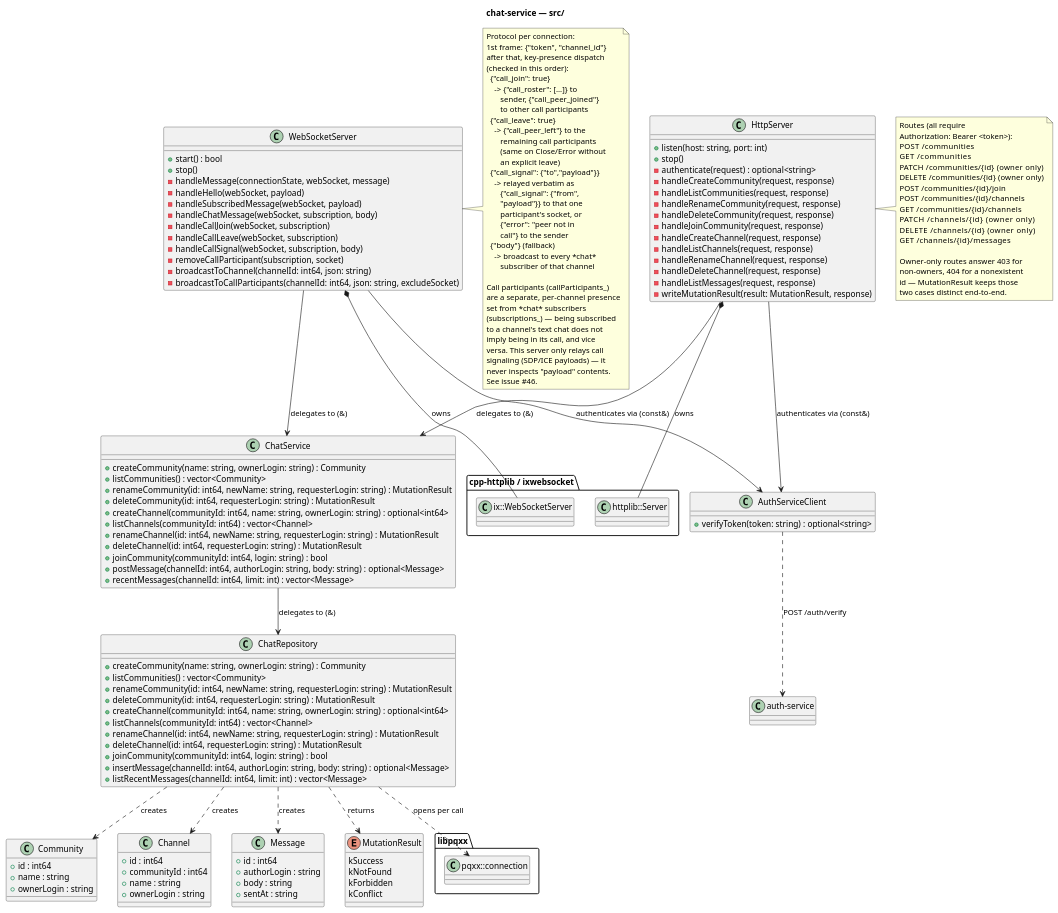
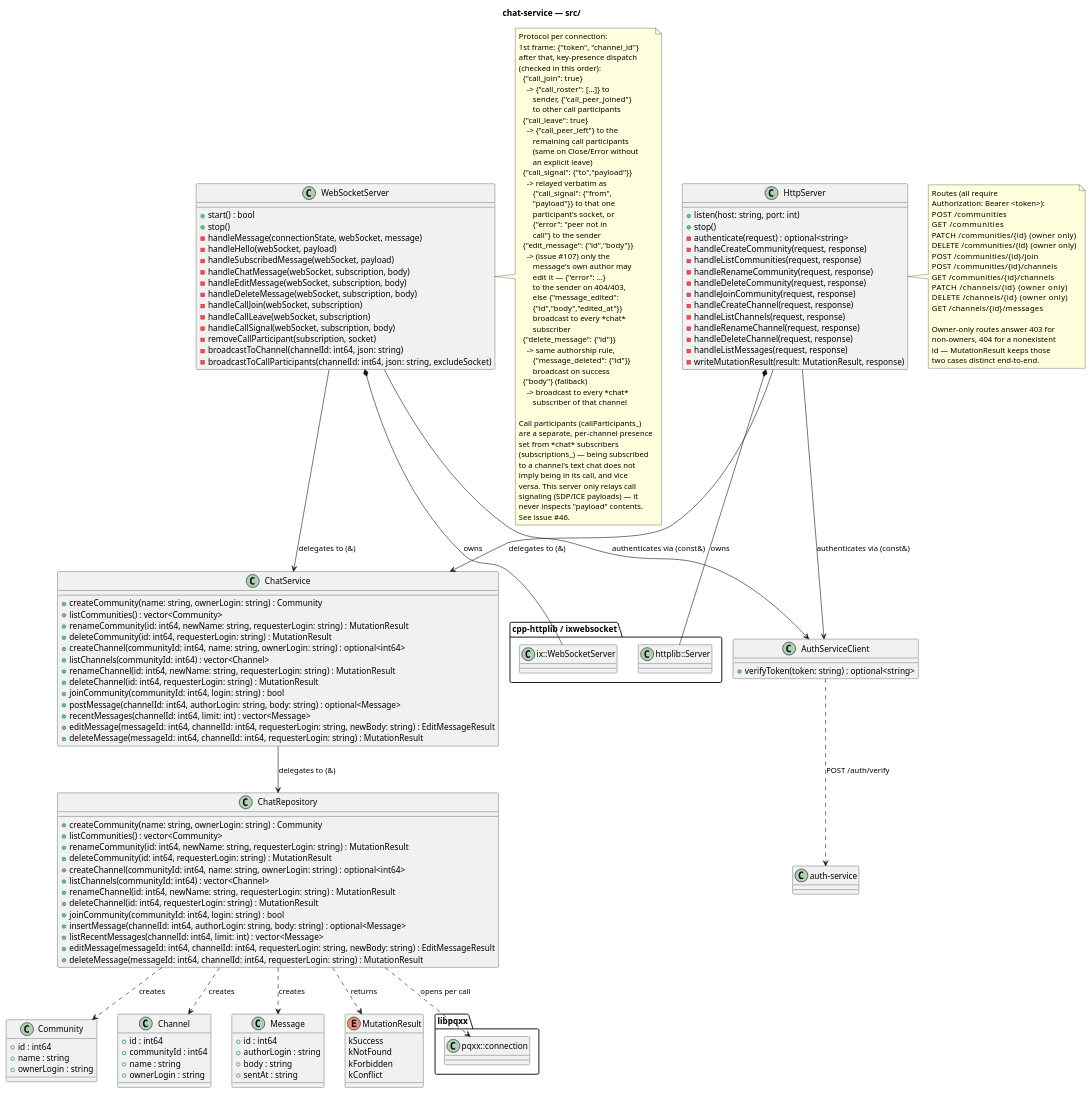
Before and after one commit to NekrasovIS/Exp: the diagram in services/chat-service/docs/diagrams/chat-service.puml, drawn with PlantUML. The commit also changed 24 other files, not shown here.

First line of the commit message:
[107] Add message edit/delete, restricted to the author

```diff
--- a/services/chat-service/docs/diagrams/chat-service.puml
+++ b/services/chat-service/docs/diagrams/chat-service.puml
@@ -1,171 +1,190 @@
 @startuml chat-service
 title chat-service — src/
 
 package "cpp-httplib / ixwebsocket" {
   class "httplib::Server" as HttplibServer
   class "ix::WebSocketServer" as IxWebSocketServer
 }
 
 package "libpqxx" {
   class "pqxx::connection" as PqxxConnection
 }
 
 class Community {
   +id : int64
   +name : string
   +ownerLogin : string
 }
 class Channel {
   +id : int64
   +communityId : int64
   +name : string
   +ownerLogin : string
 }
 class Message {
   +id : int64
   +authorLogin : string
   +body : string
   +sentAt : string
 }
 enum MutationResult {
   kSuccess
   kNotFound
   kForbidden
   kConflict
 }
 
 class ChatRepository {
   +createCommunity(name: string, ownerLogin: string) : Community
   +listCommunities() : vector<Community>
   +renameCommunity(id: int64, newName: string, requesterLogin: string) : MutationResult
   +deleteCommunity(id: int64, requesterLogin: string) : MutationResult
   +createChannel(communityId: int64, name: string, ownerLogin: string) : optional<int64>
   +listChannels(communityId: int64) : vector<Channel>
   +renameChannel(id: int64, newName: string, requesterLogin: string) : MutationResult
   +deleteChannel(id: int64, requesterLogin: string) : MutationResult
   +joinCommunity(communityId: int64, login: string) : bool
   +insertMessage(channelId: int64, authorLogin: string, body: string) : optional<Message>
   +listRecentMessages(channelId: int64, limit: int) : vector<Message>
+  +editMessage(messageId: int64, channelId: int64, requesterLogin: string, newBody: string) : EditMessageResult
+  +deleteMessage(messageId: int64, channelId: int64, requesterLogin: string) : MutationResult
 }
 ChatRepository ..> Community : creates
 ChatRepository ..> Channel : creates
 ChatRepository ..> Message : creates
 ChatRepository ..> MutationResult : returns
 ChatRepository ..> PqxxConnection : opens per call
 
 class ChatService {
   +createCommunity(name: string, ownerLogin: string) : Community
   +listCommunities() : vector<Community>
   +renameCommunity(id: int64, newName: string, requesterLogin: string) : MutationResult
   +deleteCommunity(id: int64, requesterLogin: string) : MutationResult
   +createChannel(communityId: int64, name: string, ownerLogin: string) : optional<int64>
   +listChannels(communityId: int64) : vector<Channel>
   +renameChannel(id: int64, newName: string, requesterLogin: string) : MutationResult
   +deleteChannel(id: int64, requesterLogin: string) : MutationResult
   +joinCommunity(communityId: int64, login: string) : bool
   +postMessage(channelId: int64, authorLogin: string, body: string) : optional<Message>
   +recentMessages(channelId: int64, limit: int) : vector<Message>
+  +editMessage(messageId: int64, channelId: int64, requesterLogin: string, newBody: string) : EditMessageResult
+  +deleteMessage(messageId: int64, channelId: int64, requesterLogin: string) : MutationResult
 }
 ChatService --> ChatRepository : delegates to (&)
 
 class AuthServiceClient {
   +verifyToken(token: string) : optional<string>
 }
 AuthServiceClient ..> "auth-service" : POST /auth/verify
 
 class HttpServer {
   +listen(host: string, port: int)
   +stop()
   -authenticate(request) : optional<string>
   -handleCreateCommunity(request, response)
   -handleListCommunities(request, response)
   -handleRenameCommunity(request, response)
   -handleDeleteCommunity(request, response)
   -handleJoinCommunity(request, response)
   -handleCreateChannel(request, response)
   -handleListChannels(request, response)
   -handleRenameChannel(request, response)
   -handleDeleteChannel(request, response)
   -handleListMessages(request, response)
   -writeMutationResult(result: MutationResult, response)
 }
 HttpServer --> ChatService : delegates to (&)
 HttpServer --> AuthServiceClient : authenticates via (const&)
 HttpServer *-- HttplibServer : owns
 
 class WebSocketServer {
   +start() : bool
   +stop()
   -handleMessage(connectionState, webSocket, message)
   -handleHello(webSocket, payload)
   -handleSubscribedMessage(webSocket, payload)
   -handleChatMessage(webSocket, subscription, body)
+  -handleEditMessage(webSocket, subscription, body)
+  -handleDeleteMessage(webSocket, subscription, body)
   -handleCallJoin(webSocket, subscription)
   -handleCallLeave(webSocket, subscription)
   -handleCallSignal(webSocket, subscription, body)
   -removeCallParticipant(subscription, socket)
   -broadcastToChannel(channelId: int64, json: string)
   -broadcastToCallParticipants(channelId: int64, json: string, excludeSocket)
 }
 WebSocketServer --> ChatService : delegates to (&)
 WebSocketServer --> AuthServiceClient : authenticates via (const&)
 WebSocketServer *-- IxWebSocketServer : owns
 
 note right of HttpServer
   Routes (all require
   Authorization: Bearer <token>):
   POST   /communities
   GET    /communities
   PATCH  /communities/{id}   (owner only)
   DELETE /communities/{id}   (owner only)
   POST   /communities/{id}/join
   POST   /communities/{id}/channels
   GET    /communities/{id}/channels
   PATCH  /channels/{id}      (owner only)
   DELETE /channels/{id}      (owner only)
   GET    /channels/{id}/messages
 
   Owner-only routes answer 403 for
   non-owners, 404 for a nonexistent
   id — MutationResult keeps those
   two cases distinct end-to-end.
 end note
 
 note right of WebSocketServer
   Protocol per connection:
   1st frame: {"token", "channel_id"}
   after that, key-presence dispatch
   (checked in this order):
     {"call_join": true}
       -> {"call_roster": [...]} to
          sender, {"call_peer_joined"}
          to other call participants
     {"call_leave": true}
       -> {"call_peer_left"} to the
          remaining call participants
          (same on Close/Error without
          an explicit leave)
     {"call_signal": {"to","payload"}}
       -> relayed verbatim as
          {"call_signal": {"from",
          "payload"}} to that one
          participant's socket, or
          {"error": "peer not in
          call"} to the sender
+    {"edit_message": {"id","body"}}
+      -> (issue #107) only the
+         message's own author may
+         edit it — {"error": ...}
+         to the sender on 404/403,
+         else {"message_edited":
+         {"id","body","edited_at"}}
+         broadcast to every *chat*
+         subscriber
+    {"delete_message": {"id"}}
+      -> same authorship rule,
+         {"message_deleted": {"id"}}
+         broadcast on success
     {"body"} (fallback)
       -> broadcast to every *chat*
          subscriber of that channel
 
   Call participants (callParticipants_)
   are a separate, per-channel presence
   set from *chat* subscribers
   (subscriptions_) — being subscribed
   to a channel's text chat does not
   imply being in its call, and vice
   versa. This server only relays call
   signaling (SDP/ICE payloads) — it
   never inspects "payload" contents.
   See issue #46.
 end note
 
 @enduml
```
